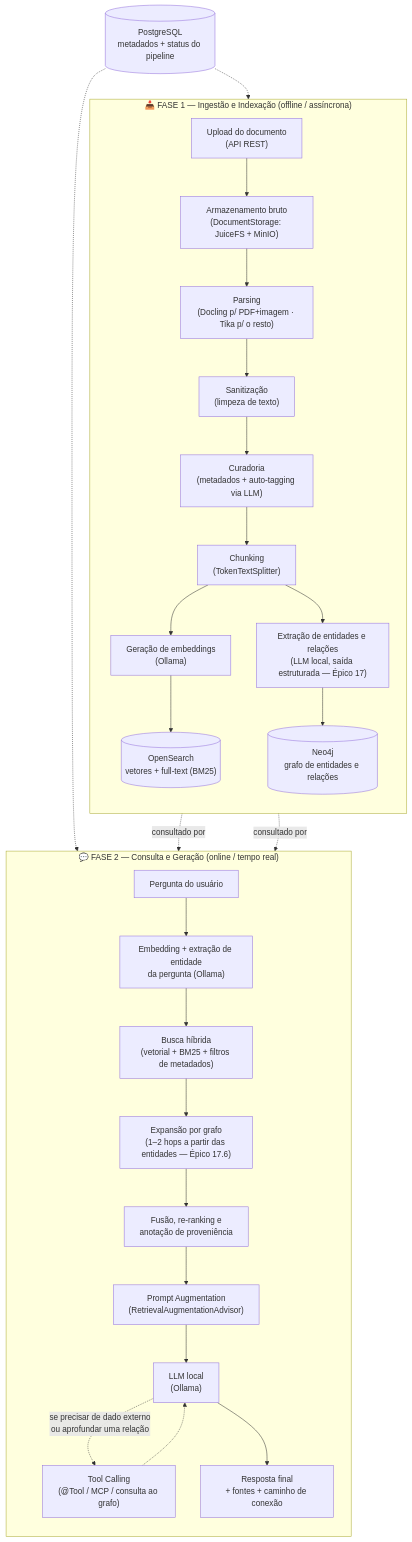
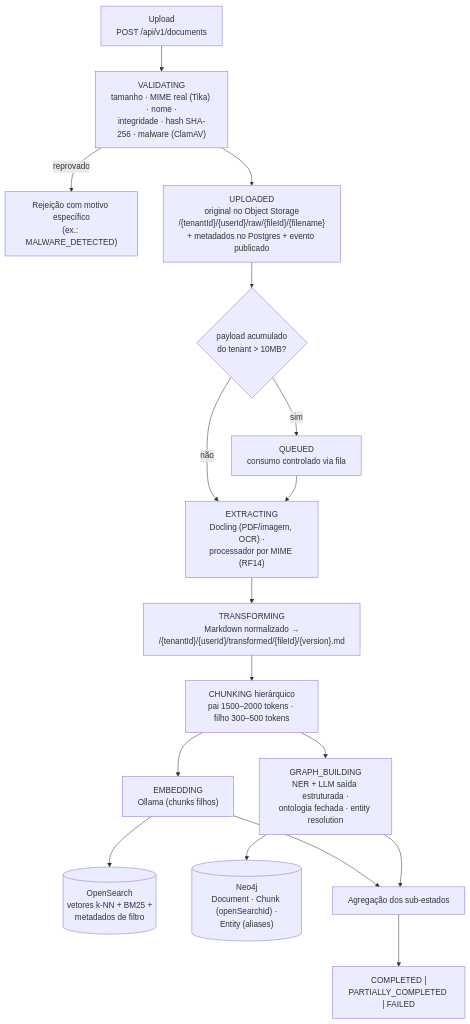
The first of 2 diagrams in docs/rag-plan.md (Overz/spring-graph-rag), drawn with Mermaid before and after one commit. The commit also changed other lines of this file and 22 other files, not shown here.

````diff
--- a/docs/rag-plan.md
+++ b/docs/rag-plan.md
@@ -82,33 +97,19 @@
 ```mermaid
 flowchart TB
-    subgraph FASE1["📥 FASE 1 — Ingestão e Indexação (offline / assíncrona)"]
-        direction TB
-        A["Upload do documento<br/>(API REST)"] --> B["Armazenamento bruto<br/>(DocumentStorage: JuiceFS + MinIO)"]
-        B --> C["Parsing<br/>(Docling p/ PDF+imagem · Tika p/ o resto)"]
-        C --> D["Sanitização<br/>(limpeza de texto)"]
-        D --> E["Curadoria<br/>(metadados + auto-tagging via LLM)"]
-        E --> F["Chunking<br/>(TokenTextSplitter)"]
-        F --> G["Geração de embeddings<br/>(Ollama)"]
-        F --> G2["Extração de entidades e relações<br/>(LLM local, saída estruturada — Épico 17)"]
-        G --> H[("OpenSearch<br/>vetores + full-text (BM25)")]
-        G2 --> H2[("Neo4j<br/>grafo de entidades e relações")]
-    end
-
-    subgraph FASE2["💬 FASE 2 — Consulta e Geração (online / tempo real)"]
-        direction TB
-        I["Pergunta do usuário"] --> J["Embedding + extração de entidade<br/>da pergunta (Ollama)"]
-        J --> K["Busca híbrida<br/>(vetorial + BM25 + filtros de metadados)"]
-        K --> K2["Expansão por grafo<br/>(1–2 hops a partir das entidades — Épico 17.6)"]
-        K2 --> K3["Fusão, re-ranking e<br/>anotação de proveniência"]
-        K3 --> L["Prompt Augmentation<br/>(RetrievalAugmentationAdvisor)"]
-        L --> M["LLM local<br/>(Ollama)"]
-        M -.->|"se precisar de dado externo<br/>ou aprofundar uma relação"| N["Tool Calling<br/>(@Tool / MCP / consulta ao grafo)"]
-        N -.-> M
-        M --> O["Resposta final<br/>+ fontes + caminho de conexão"]
-    end
-
-    H -.->|"consultado por"| K
-    H2 -.->|"consultado por"| K2
-    P[("PostgreSQL<br/>metadados + status do pipeline")] -.-> B
-    P -.-> K
+  A["Upload<br/>POST /api/v1/documents"] --> B["VALIDATING<br/>tamanho · MIME real (Tika) · nome ·<br/>integridade · hash SHA-256 · malware (ClamAV)"]
+  B -->|reprovado| R["Rejeição com motivo específico<br/>(ex.: MALWARE_DETECTED)"]
+  B --> C["UPLOADED<br/>original no Object Storage<br/>/{tenantId}/{userId}/raw/{fileId}/{filename}<br/>+ metadados no Postgres + evento publicado"]
+  C --> D{"payload acumulado<br/>do tenant > 10MB?"}
+  D -->|sim| Q["QUEUED<br/>consumo controlado via fila"]
+  D -->|não| E
+  Q --> E["EXTRACTING<br/>Docling (PDF/imagem, OCR) ·<br/>processador por MIME (RF14)"]
+  E --> F["TRANSFORMING<br/>Markdown normalizado →<br/>/{tenantId}/{userId}/transformed/{fileId}/{version}.md"]
+  F --> G["CHUNKING hierárquico<br/>pai 1500–2000 tokens · filho 300–500 tokens"]
+  G --> H["EMBEDDING<br/>Ollama (chunks filhos)"]
+  G --> I["GRAPH_BUILDING<br/>NER + LLM saída estruturada ·<br/>ontologia fechada · entity resolution"]
+  H --> OS[("OpenSearch<br/>vetores k-NN + BM25 +<br/>metadados de filtro")]
+  I --> NEO[("Neo4j<br/>Document · Chunk (openSearchId) ·<br/>Entity (aliases)")]
+  H --> J["Agregação dos sub-estados"]
+  I --> J
+  J --> K["COMPLETED |<br/>PARTIALLY_COMPLETED | FAILED"]
 ```
````
